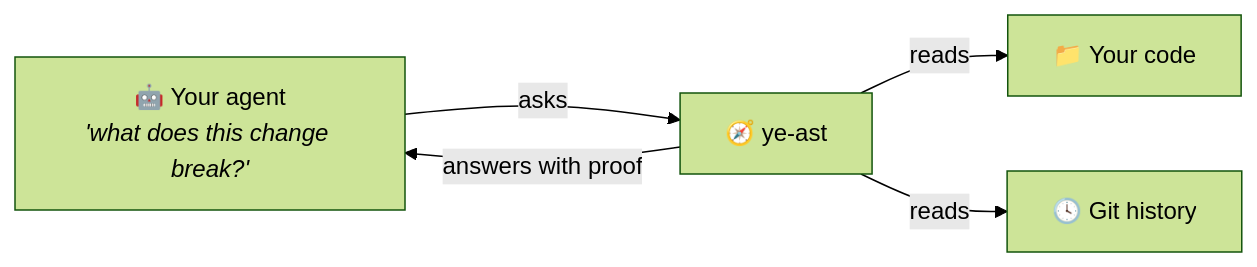
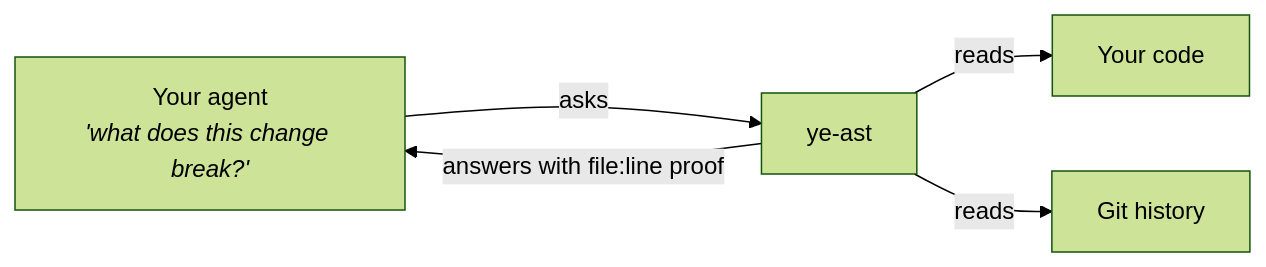
The first of 4 diagrams in README.md (ArielFalcon/ye-ast), drawn with Mermaid (forest theme) before and after one commit. The commit also changed other lines of this file and 2 other files, not shown here.

````diff
--- a/README.md
+++ b/README.md
@@ -32,7 +26,7 @@
 ```mermaid
 flowchart LR
-    A["🤖 Your agent<br/><i>'what does this change break?'</i>"] -->|asks| Y["🧭 ye-ast"]
-    Y -->|reads| C["📁 Your code"]
-    Y -->|reads| G["🕓 Git history"]
-    Y -->|answers with proof| A
+    A["Your agent<br/><i>'what does this change break?'</i>"] -->|asks| Y["ye-ast"]
+    Y -->|reads| C["Your code"]
+    Y -->|reads| G["Git history"]
+    Y -->|answers with file:line proof| A
 ```
````
